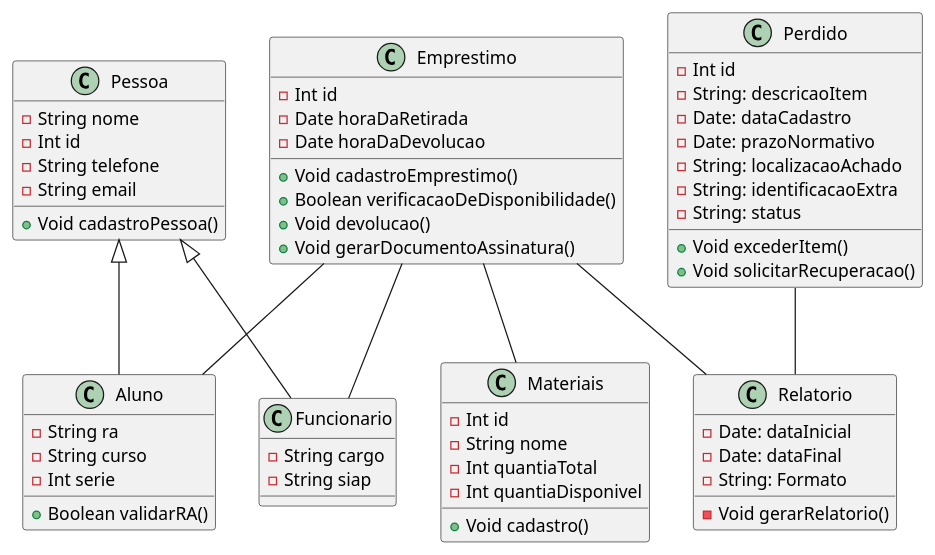
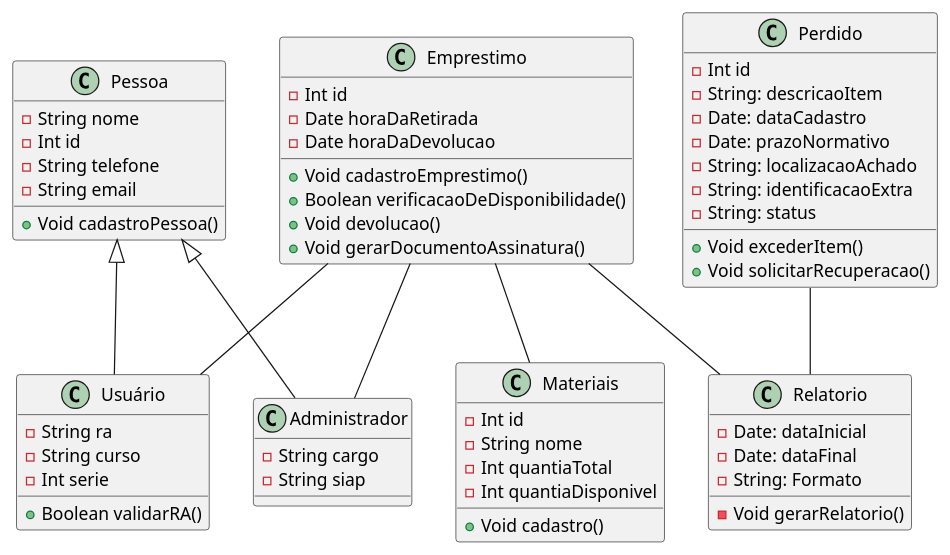
The diagram in diagramaDeClasse.puml (danielalvesmoura/APS-Compartilhado), drawn with PlantUML before and after one commit.

```diff
--- a/diagramaDeClasse.puml
+++ b/diagramaDeClasse.puml
@@ -1,73 +1,73 @@
 @startuml   
 
 class Pessoa { 
     -String nome
     -Int id
     -String telefone
     -String email
 
     +Void cadastroPessoa()
 }
  
-class Aluno {
+class Usuário {
     -String ra
     -String curso
     -Int serie
 
     +Boolean validarRA()
 }
 
-class Funcionario {
+class Administrador {
     -String cargo
     -String siap
 }
 
 class Materiais {
     -Int id
     -String nome
     -Int quantiaTotal
     -Int quantiaDisponivel
 
     +Void cadastro()
 }
 
 class Emprestimo{
     -Int id
     -Date horaDaRetirada
     -Date horaDaDevolucao
 
     +Void cadastroEmprestimo()
     +Boolean verificacaoDeDisponibilidade()
     +Void devolucao()
     +Void gerarDocumentoAssinatura()
 }
 
 class Perdido {
     -Int id
     -String: descricaoItem
     -Date: dataCadastro
     -Date: prazoNormativo
     -String: localizacaoAchado
     -String: identificacaoExtra
     -String: status
     +Void excederItem()
     +Void solicitarRecuperacao()
 }
 
 class Relatorio {
     -Date: dataInicial
     -Date: dataFinal
     -String: Formato
     -Void gerarRelatorio()
 }
 
 
-Pessoa <|-- Aluno
-Pessoa <|-- Funcionario
+Pessoa <|-- Usuário
+Pessoa <|-- Administrador
 Emprestimo -- Materiais
-Emprestimo -- Aluno
-Emprestimo -- Funcionario
+Emprestimo -- Usuário
+Emprestimo -- Administrador
 Perdido -- Relatorio
 Emprestimo -- Relatorio
 
 @enduml
```
